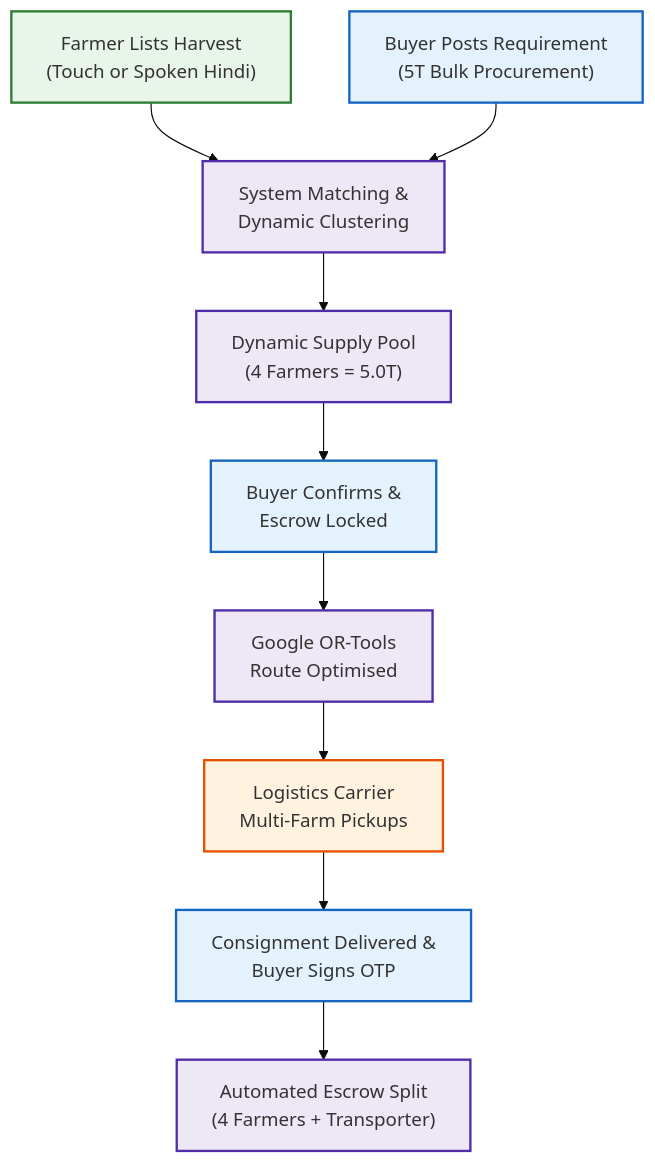
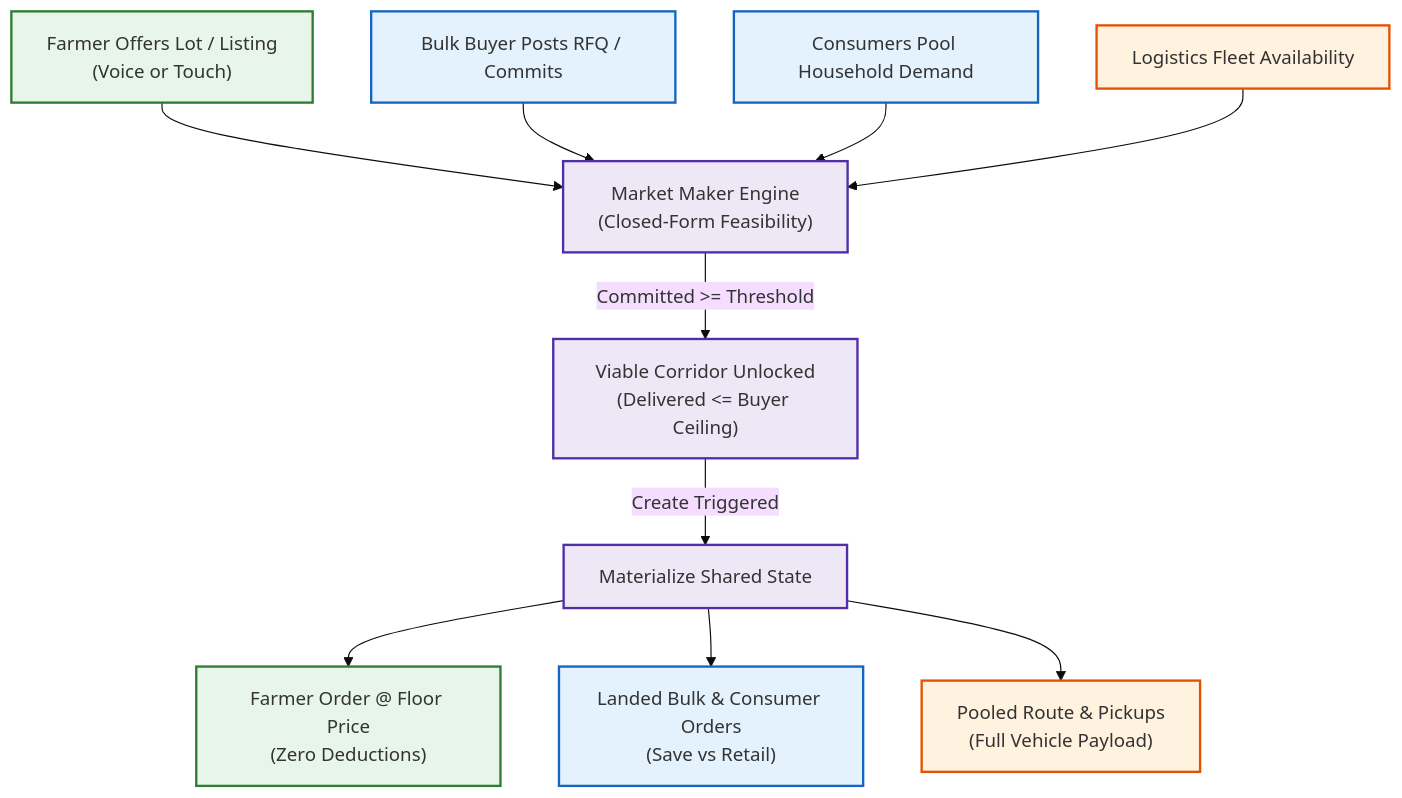
One commit to vanshbahl/KisanLink changed the first of 9 diagrams in DOCS/FLOWS.md. Above: the diagram before and after it, drawn with Mermaid (base theme). The commit also changed other lines of this file and 11 other files, not shown here.

````diff
--- a/DOCS/FLOWS.md
+++ b/DOCS/FLOWS.md
@@ -61,17 +48,19 @@
 ```mermaid
 graph TD
     classDef farmer fill:#e8f5e9,stroke:#2e7d32,stroke-width:2px;
     classDef buyer fill:#e3f2fd,stroke:#1565c0,stroke-width:2px;
     classDef sys fill:#ede7f6,stroke:#512da8,stroke-width:2px;
     classDef log fill:#fff3e0,stroke:#e65100,stroke-width:2px;
 
-    FarmerSupply["Farmer Lists Harvest\n(Touch or Spoken Hindi)"]:::farmer --> MatchingEngine["System Matching &\nDynamic Clustering"]:::sys
-    BuyerDemand["Buyer Posts Requirement\n(5T Bulk Procurement)"]:::buyer --> MatchingEngine
+    FarmerSupply["Farmer Offers Lot / Listing\n(Voice or Touch)"]:::farmer --> MMEngine["Market Maker Engine\n(Closed-Form Feasibility)"]:::sys
+    BulkDemand["Bulk Buyer Posts RFQ / Commits"]:::buyer --> MMEngine
+    ConsumerDemand["Consumers Pool Household Demand"]:::buyer --> MMEngine
+    FleetStatus["Logistics Fleet Availability"]:::log --> MMEngine
 
-    MatchingEngine --> ClusterFormed["Dynamic Supply Pool\n(4 Farmers = 5.0T)"]:::sys
-    ClusterFormed --> EscrowLocked["Buyer Confirms &\nEscrow Locked"]:::buyer
-    EscrowLocked --> RouteOptimized["Google OR-Tools\nRoute Optimised"]:::sys
-    RouteOptimized --> MultiPickup["Logistics Carrier\nMulti-Farm Pickups"]:::log
-    MultiPickup --> DeliveryConfirmed["Consignment Delivered &\nBuyer Signs OTP"]:::buyer
-    DeliveryConfirmed --> SplitPayout["Automated Escrow Split\n(4 Farmers + Transporter)"]:::sys
+    MMEngine -->|Committed >= Threshold| ViableMarket["Viable Corridor Unlocked\n(Delivered <= Buyer Ceiling)"]:::sys
+    ViableMarket -->|Create Triggered| RealState["Materialize Shared State"]:::sys
+
+    RealState --> FarmerOrders["Farmer Order @ Floor Price\n(Zero Deductions)"]:::farmer
+    RealState --> BuyerOrders["Landed Bulk & Consumer Orders\n(Save vs Retail)"]:::buyer
+    RealState --> PooledRoute["Pooled Route & Pickups\n(Full Vehicle Payload)"]:::log
 ```
````
